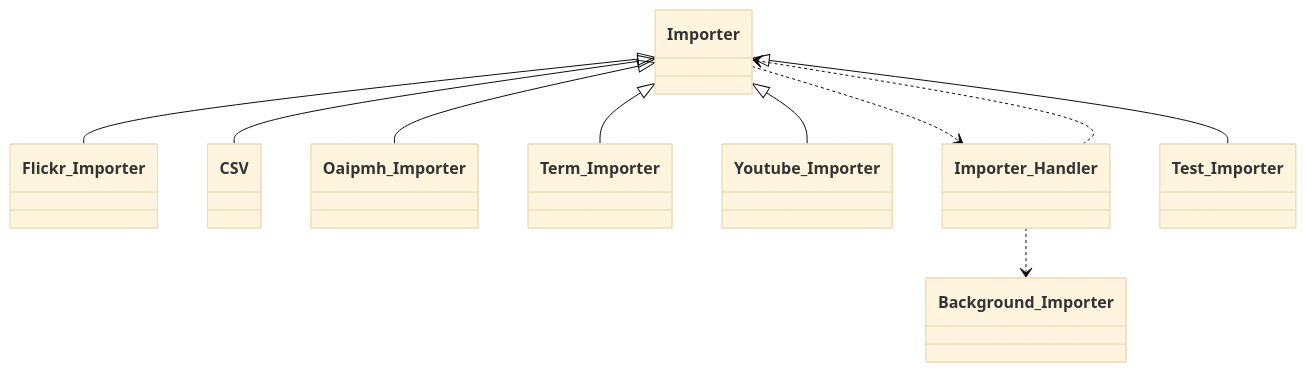
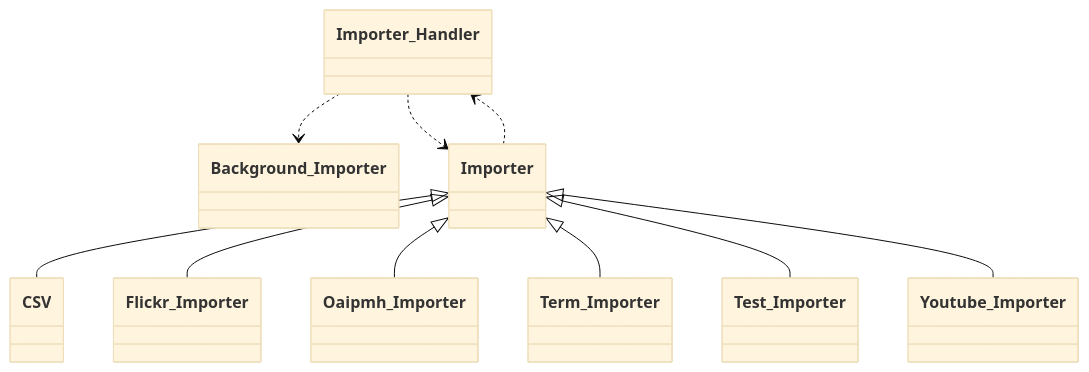
The eighth of 13 diagrams in docs/phpdoc/Home.md (tainacan/tainacan), drawn with Mermaid (base theme) before and after one commit. The commit also changed other lines of this file and 95 other files, not shown here.

````diff
--- a/docs/phpdoc/Home.md
+++ b/docs/phpdoc/Home.md
@@ -551,22 +551,22 @@
 ```mermaid
 classDiagram
     direction TB
+    class Oaipmh_Importer { }
+    class Background_Importer { }
+    class Importer_Handler { }
+    class CSV { }
     class Flickr_Importer { }
-    class CSV { }
-    class Background_Importer { }
-    class Oaipmh_Importer { }
+    class Term_Importer { }
+    class Test_Importer { }
+    class Youtube_Importer { }
     class Importer { }
-    class Term_Importer { }
-    class Youtube_Importer { }
-    class Importer_Handler { }
-    class Test_Importer { }
     Importer ..> Importer_Handler
     Importer <|-- CSV
     Importer <|-- Flickr_Importer
     Importer <|-- Oaipmh_Importer
     Importer <|-- Term_Importer
     Importer <|-- Test_Importer
     Importer <|-- Youtube_Importer
     Importer_Handler ..> Background_Importer
     Importer_Handler ..> Importer
 ```
````
